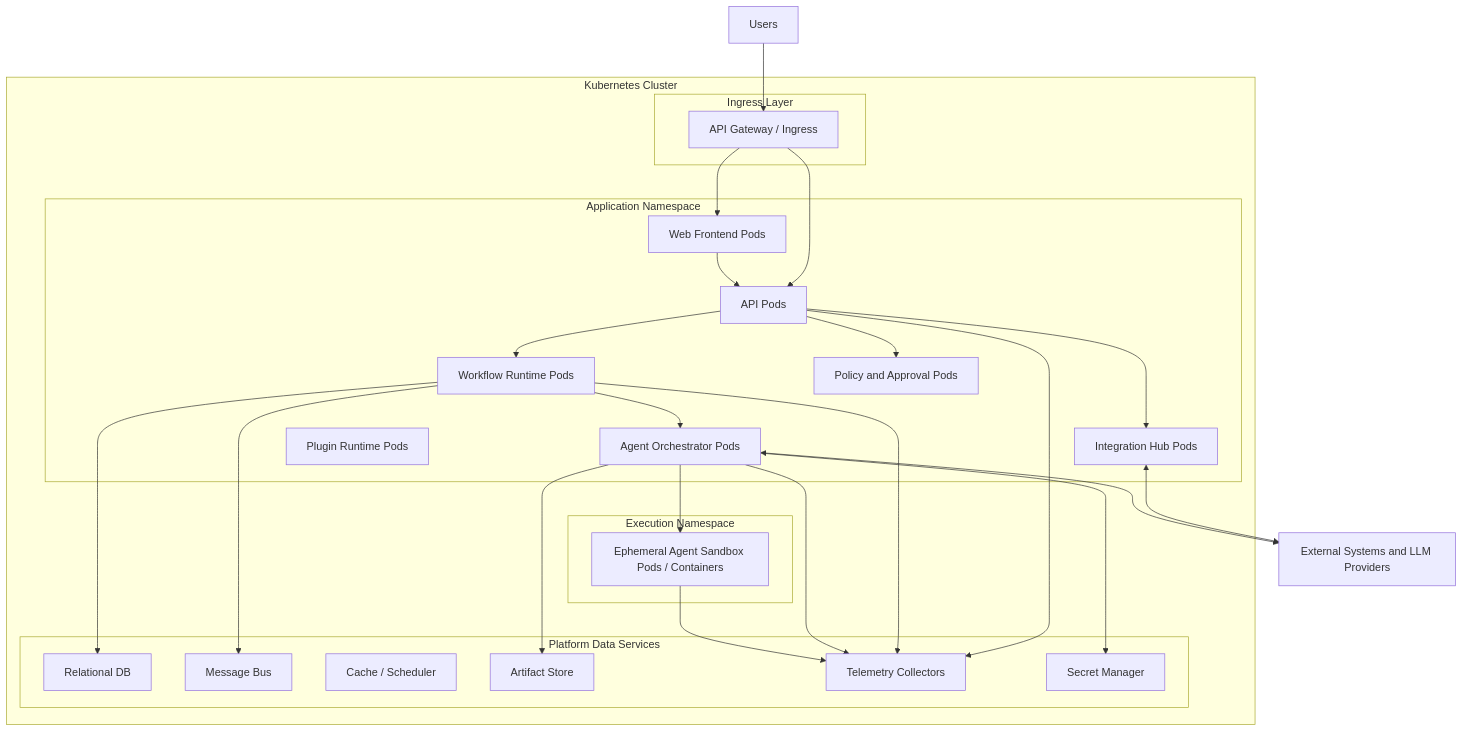
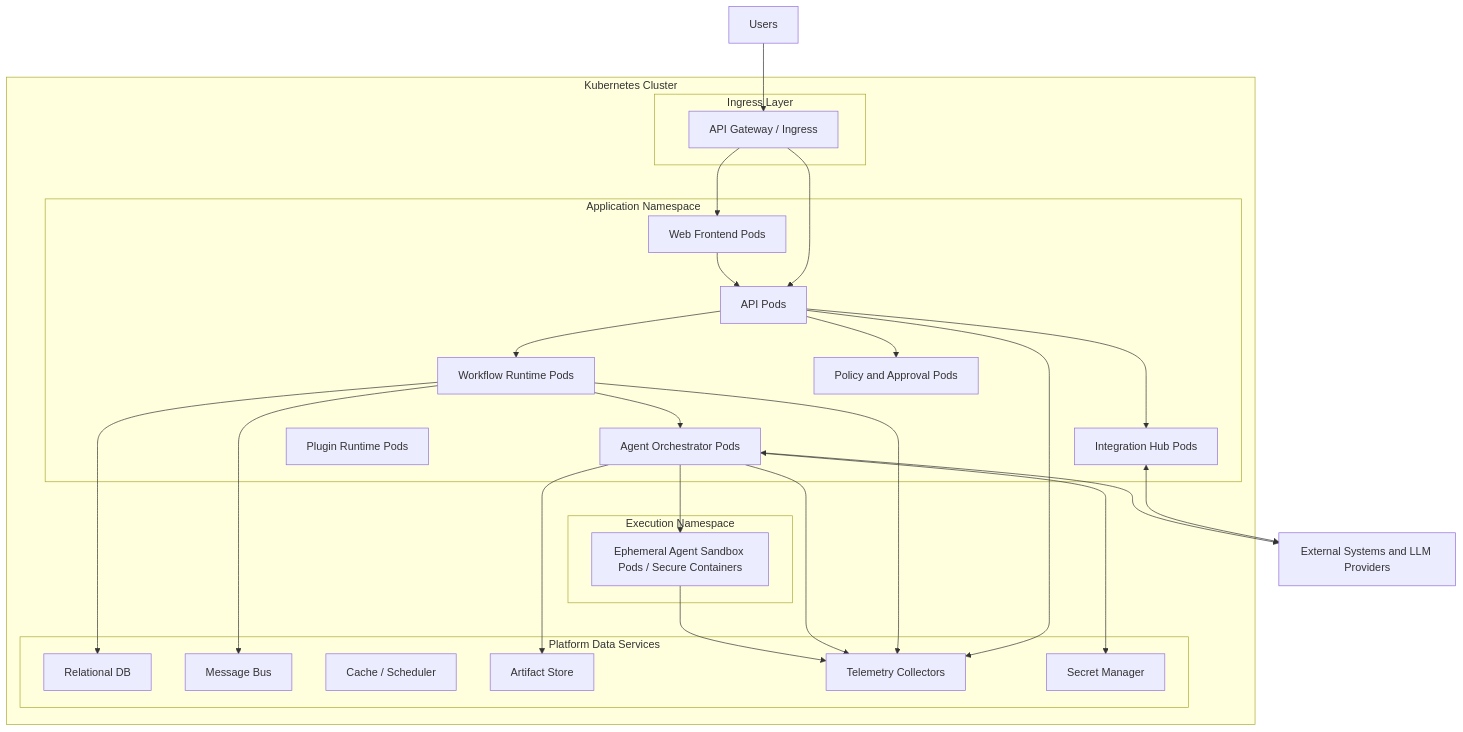
The fourth of 4 diagrams in docs/architecture-design.md (isartor-ai/agentwerke), drawn with Mermaid before and after one commit. The commit also changed other lines of this file and 4 other files, not shown here.

````diff
--- a/docs/architecture-design.md
+++ b/docs/architecture-design.md
@@ -476,54 +478,54 @@
 ```mermaid
 flowchart TB
     subgraph cluster["Kubernetes Cluster"]
         subgraph ingress["Ingress Layer"]
             gw["API Gateway / Ingress"]
         end
 
         subgraph app["Application Namespace"]
             web["Web Frontend Pods"]
             api["API Pods"]
             workflow["Workflow Runtime Pods"]
             agent["Agent Orchestrator Pods"]
             integration["Integration Hub Pods"]
             policy["Policy and Approval Pods"]
             plugin["Plugin Runtime Pods"]
         end
 
         subgraph jobs["Execution Namespace"]
-            sandbox["Ephemeral Agent Sandbox Pods / Containers"]
+            sandbox["Ephemeral Agent Sandbox Pods / Secure Containers"]
         end
 
         subgraph data["Platform Data Services"]
             db["Relational DB"]
             bus["Message Bus"]
             cache["Cache / Scheduler"]
             blob["Artifact Store"]
             obs["Telemetry Collectors"]
             secrets["Secret Manager"]
         end
     end
 
     ext["External Systems and LLM Providers"]
     users["Users"]
 
     users --> gw
     gw --> web
     gw --> api
     api --> workflow
     api --> policy
     api --> integration
     workflow --> bus
     workflow --> db
     workflow --> agent
     agent --> sandbox
     agent --> blob
     agent --> secrets
     integration <--> ext
     agent <--> ext
     web --> api
     api --> obs
     workflow --> obs
     agent --> obs
     sandbox --> obs
 ```
````
